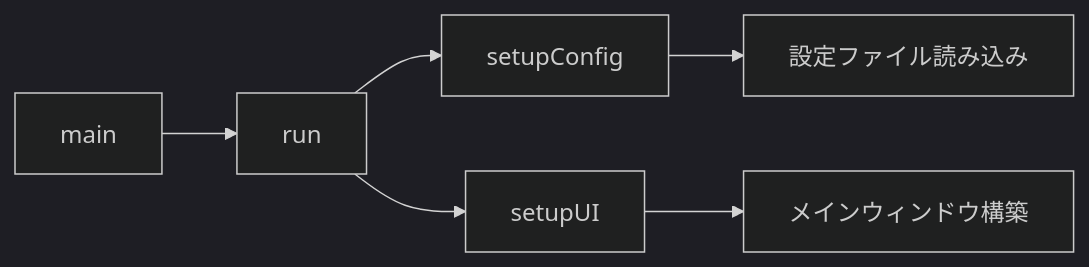
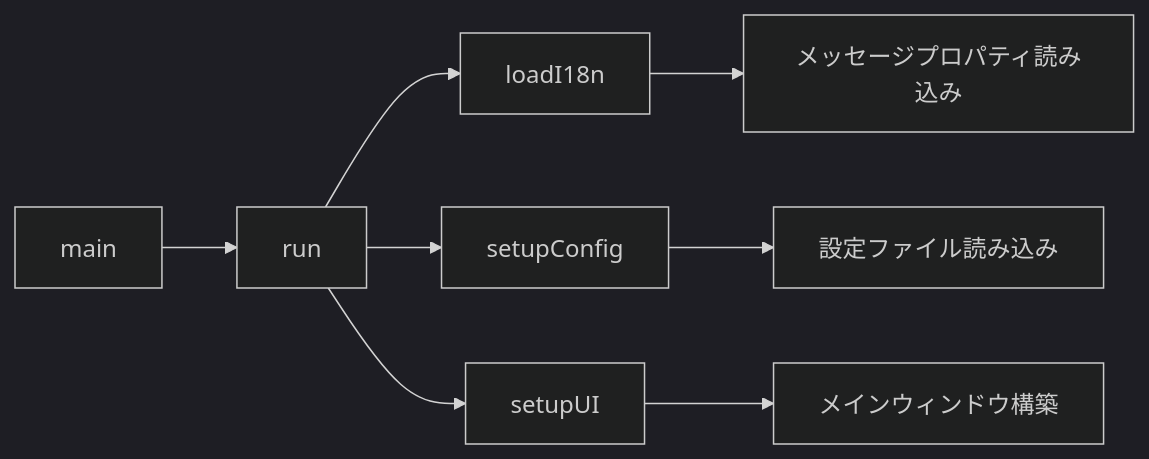
Before and after one commit to cac81571/ant-to-maven-converter: the first of 6 diagrams in docs/METHODS.md, drawn with Mermaid (dark theme). The commit also changed other lines of this file and 1 other file, not shown here.

````diff
--- a/docs/METHODS.md
+++ b/docs/METHODS.md
@@ -94,8 +128,10 @@
 ```mermaid
 flowchart LR
     A[main] --> B[run]
-    B --> C[setupConfig]
-    B --> D[setupUI]
-    C --> C1[設定ファイル読み込み]
-    D --> D1[メインウィンドウ構築]
+    B --> C[loadI18n]
+    B --> D[setupConfig]
+    B --> E[setupUI]
+    C --> C1[メッセージプロパティ読み込み]
+    D --> D1[設定ファイル読み込み]
+    E --> E1[メインウィンドウ構築]
 ```
````
